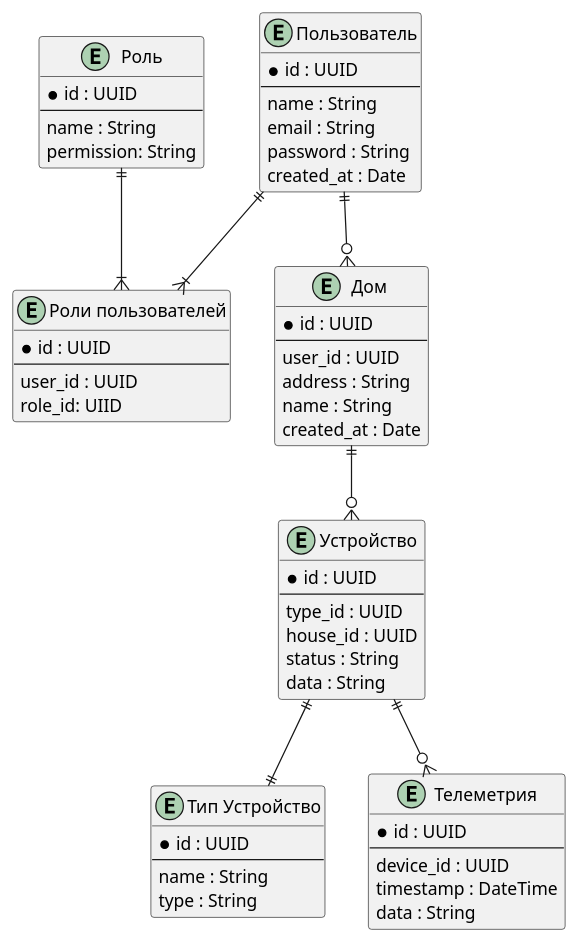
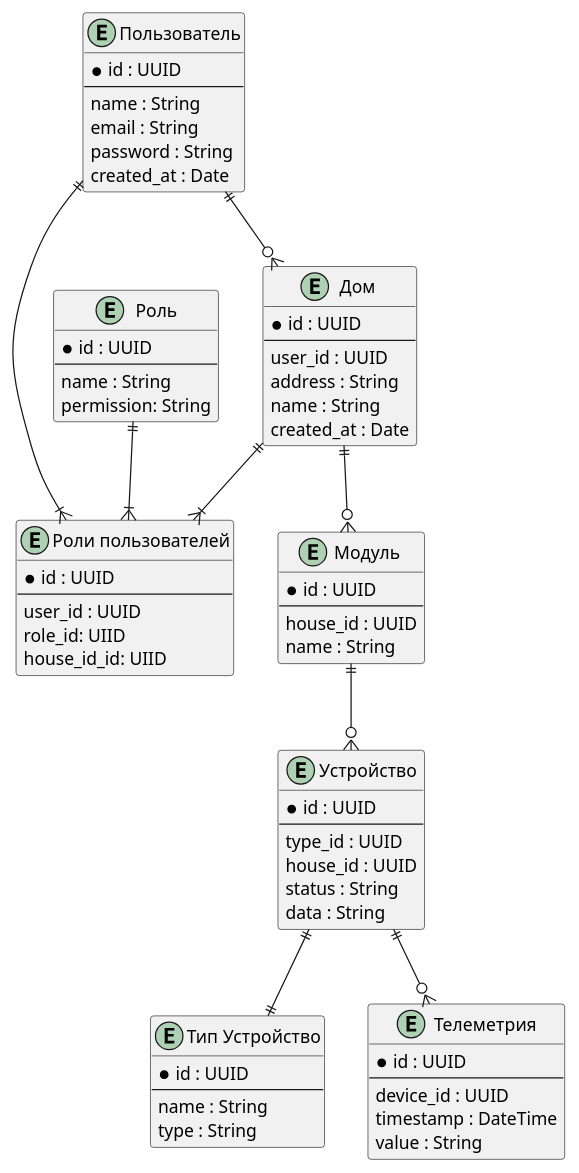
The diagram in docs/docs/er/er.puml (fireflysmk/architecture-sprint-3), drawn with PlantUML before and after one commit. The commit also changed 1 other file, not shown here.

Commit message:
Изменение в ER диаграмме и описании

```diff
--- a/docs/docs/er/er.puml
+++ b/docs/docs/er/er.puml
@@ -1,67 +1,77 @@
 @startuml
 
 entity "Пользователь" as User {
     * id : UUID
     --
     name : String
     email : String
     password : String
     created_at : Date
 }
 
 entity "Роли пользователей" as UserRole {
     * id : UUID
     --
     user_id : UUID
     role_id: UIID
+    house_id_id: UIID
 }
 
 entity "Роль" as Role {
     * id : UUID
     --
     name : String
     permission: String
 }
 
 entity "Дом " as House {
     * id : UUID
     --
     user_id : UUID
     address : String
     name : String
     created_at : Date
+}
+
+entity "Модуль " as Module {
+    * id : UUID
+    --
+    house_id : UUID
+    name : String
 }
 
 entity "Устройство" as Device {
     * id : UUID
     --
     type_id : UUID
     house_id : UUID
     status : String
     data : String
 }
 
 entity "Тип Устройство" as DeviceType {
     * id : UUID
     --
     name : String
     type : String
 }
 
 entity "Телеметрия" as TelemetryData {
     * id : UUID
     --
     device_id : UUID
     timestamp : DateTime
-    data : String
+    value : String
 }
 
 User ||--|{UserRole
 Role ||--|{ UserRole
+House ||--|{UserRole
 
 User ||--o{ House
-House ||--o{ Device
+House ||--o{ Module
+Module ||--o{ Device
 Device ||--|| DeviceType
 Device ||--o{ TelemetryData
 
 @enduml
```
